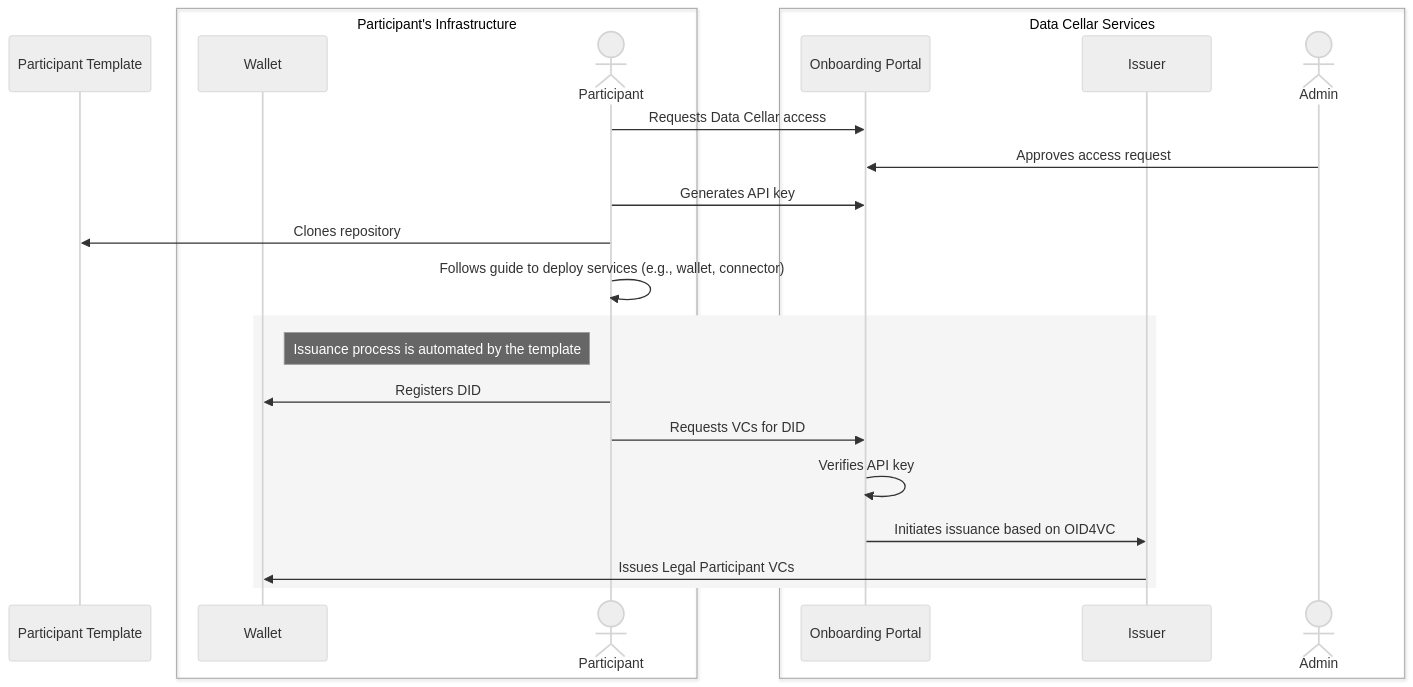
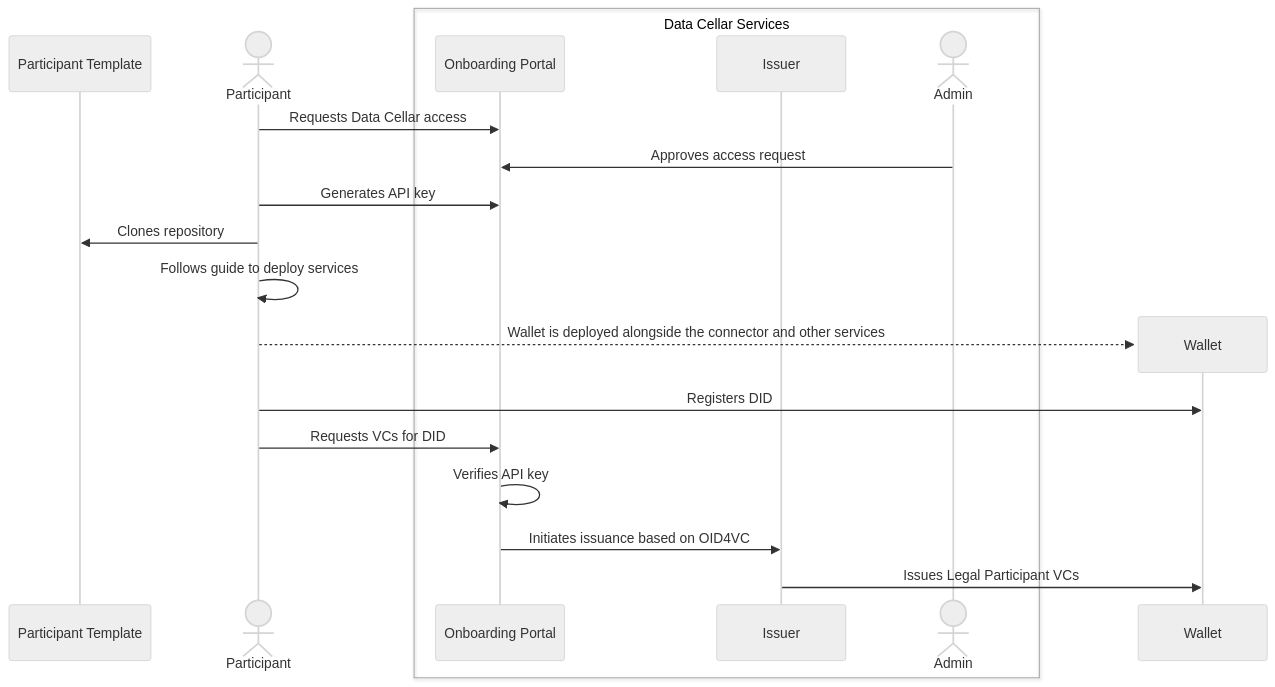
One commit to Data-Cellar/sequence-diagrams changed the first of 4 diagrams in README.md. Above: the diagram before and after it, drawn with Mermaid (neutral theme). The commit also changed other lines of this file, not shown here.

````diff
--- a/README.md
+++ b/README.md
@@ -9,26 +9,22 @@
 ```mermaid
 sequenceDiagram
     participant REPO as Participant Template
-    box Participant's Infrastructure
-    participant PWALL as Wallet
     actor PART as Participant
-    end
     box Data Cellar Services
     participant ONB as Onboarding Portal
     participant ISS as Issuer
     actor ADM as Admin
     end
     PART->>ONB: Requests Data Cellar access
     ADM->>ONB: Approves access request
     PART->>ONB: Generates API key
     PART->>REPO: Clones repository
-    PART->>PART: Follows guide to deploy services (e.g., wallet, connector)
-    rect rgb(245, 245, 245)
-    note right of PWALL: Issuance process is automated by the template
+    PART->>PART: Follows guide to deploy services
+    create participant PWALL as Wallet
+    PART-->>PWALL: Wallet is deployed alongside the connector and other services
     PART->>PWALL: Registers DID
     PART->>ONB: Requests VCs for DID
     ONB->>ONB: Verifies API key
     ONB->>ISS: Initiates issuance based on OID4VC
     ISS->>PWALL: Issues Legal Participant VCs
-    end
 ```
````
